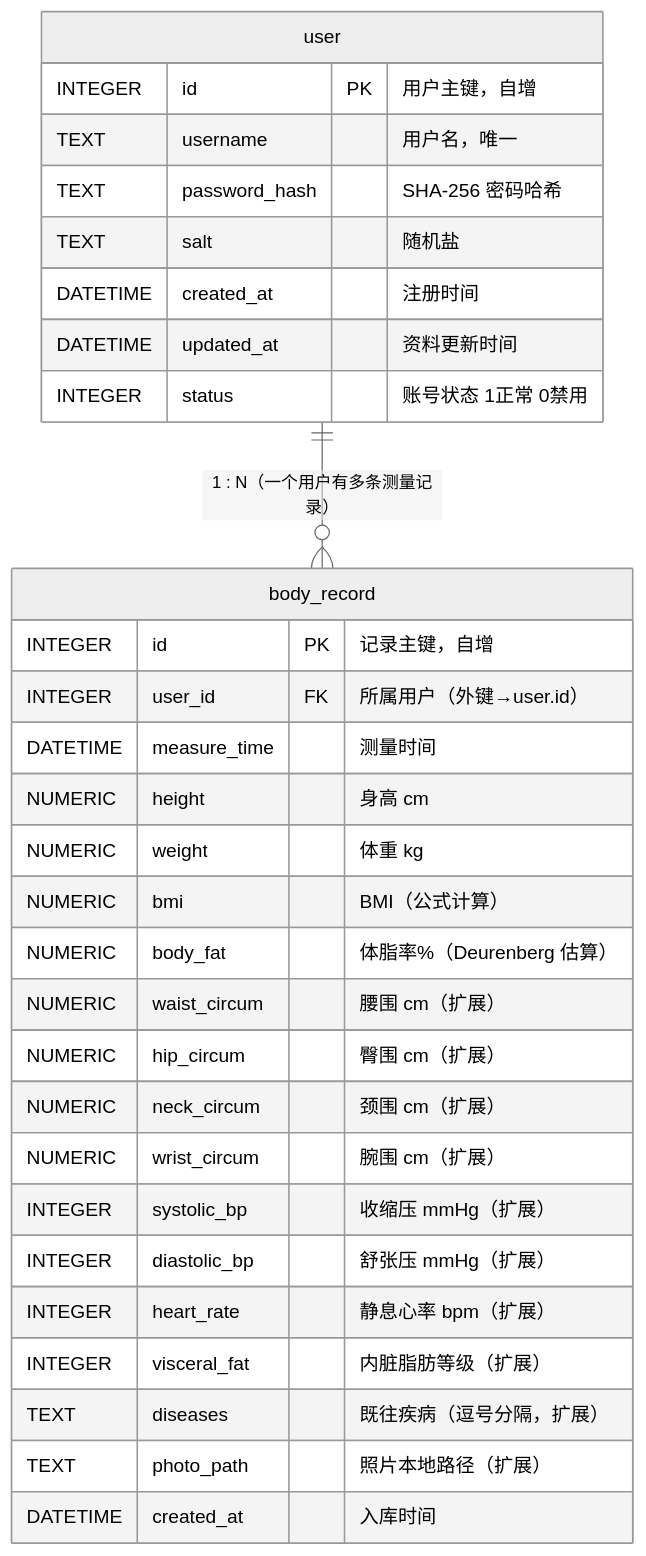
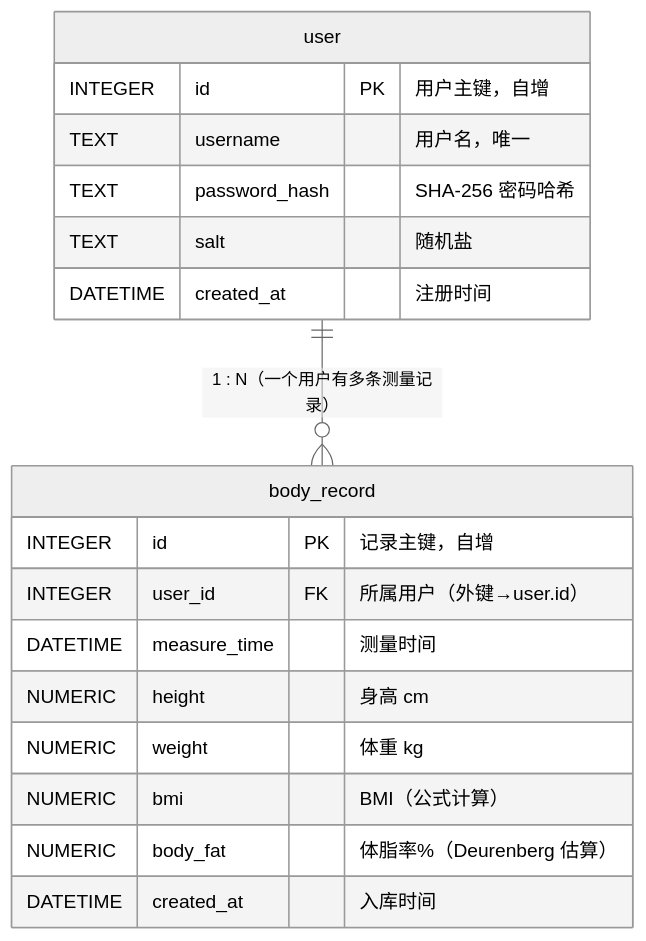
The diagram in docs/db_design.md (Saints2026/BMI), drawn with Mermaid (neutral theme) before and after one commit. The commit also changed other lines of this file and 35 other files, not shown here.

````diff
--- a/docs/db_design.md
+++ b/docs/db_design.md
@@ -33,35 +31,23 @@
 ```mermaid
 erDiagram
     user ||--o{ body_record : "1 : N（一个用户有多条测量记录）"
 
     user {
         INTEGER id PK "用户主键，自增"
         TEXT    username "用户名，唯一"
         TEXT    password_hash "SHA-256 密码哈希"
         TEXT    salt "随机盐"
         DATETIME created_at "注册时间"
-        DATETIME updated_at "资料更新时间"
-        INTEGER  status "账号状态 1正常 0禁用"
     }
 
     body_record {
         INTEGER id PK "记录主键，自增"
         INTEGER user_id FK "所属用户（外键→user.id）"
         DATETIME measure_time "测量时间"
         NUMERIC height "身高 cm"
         NUMERIC weight "体重 kg"
         NUMERIC bmi "BMI（公式计算）"
         NUMERIC body_fat "体脂率%（Deurenberg 估算）"
-        NUMERIC waist_circum "腰围 cm（扩展）"
-        NUMERIC hip_circum "臀围 cm（扩展）"
-        NUMERIC neck_circum "颈围 cm（扩展）"
-        NUMERIC wrist_circum "腕围 cm（扩展）"
-        INTEGER systolic_bp "收缩压 mmHg（扩展）"
-        INTEGER diastolic_bp "舒张压 mmHg（扩展）"
-        INTEGER heart_rate "静息心率 bpm（扩展）"
-        INTEGER visceral_fat "内脏脂肪等级（扩展）"
-        TEXT    diseases "既往疾病（逗号分隔，扩展）"
-        TEXT    photo_path "照片本地路径（扩展）"
         DATETIME created_at "入库时间"
     }
 ```
````
